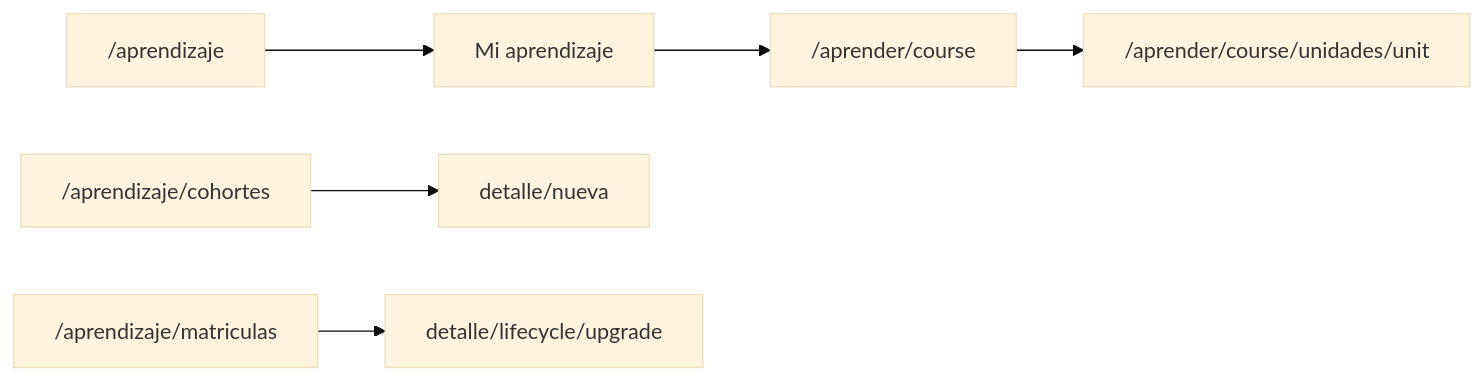
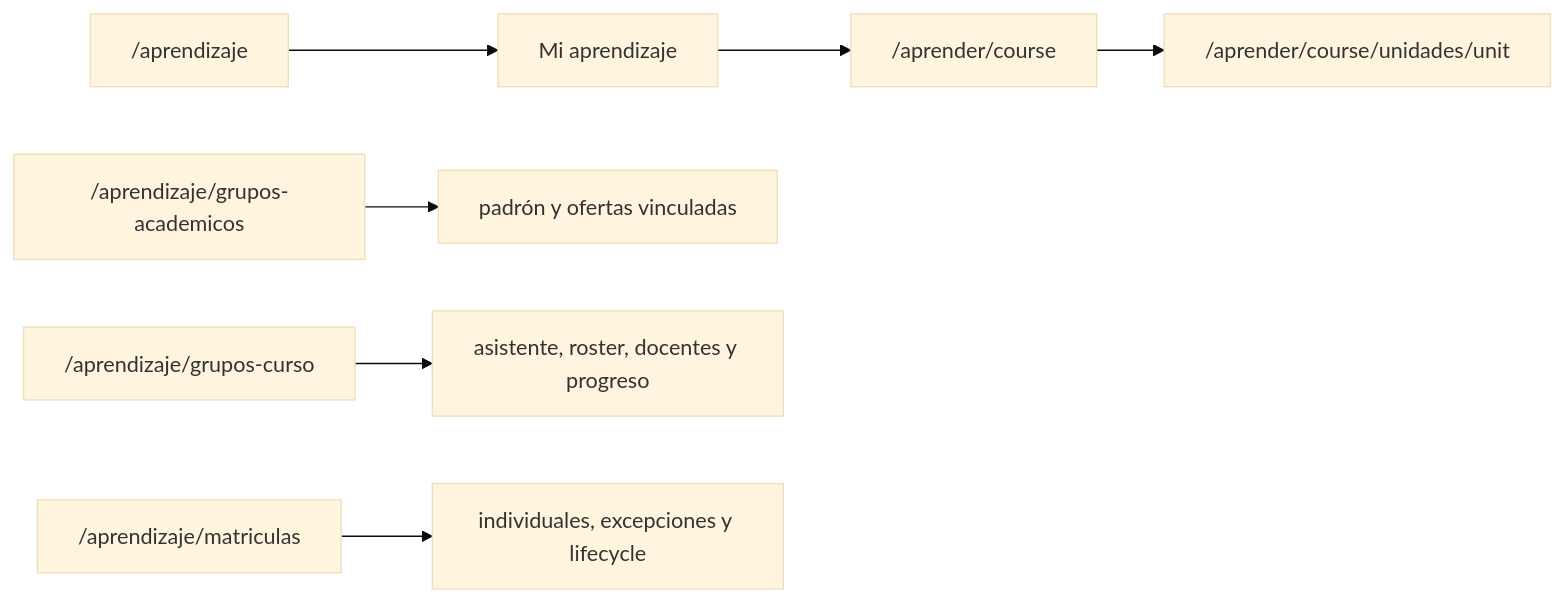
One commit to DuvanMontoya/LMS changed diagram 12 of 14 in docs/architecture/LEARNING.md. Above: the diagram before and after it, drawn with Mermaid (base theme). The commit also changed other lines of this file and 63 other files, not shown here.

````diff
--- a/docs/architecture/LEARNING.md
+++ b/docs/architecture/LEARNING.md
@@ -125,8 +131,9 @@
 ```mermaid
 flowchart LR
   A["/aprendizaje"] --> B["Mi aprendizaje"]
   B --> C["/aprender/course"]
   C --> D["/aprender/course/unidades/unit"]
-  E["/aprendizaje/cohortes"] --> F["detalle/nueva"]
-  G["/aprendizaje/matriculas"] --> H["detalle/lifecycle/upgrade"]
+  E["/aprendizaje/grupos-academicos"] --> F["padrón y ofertas vinculadas"]
+  G["/aprendizaje/grupos-curso"] --> H["asistente, roster, docentes y progreso"]
+  I["/aprendizaje/matriculas"] --> J["individuales, excepciones y lifecycle"]
 ```
````
